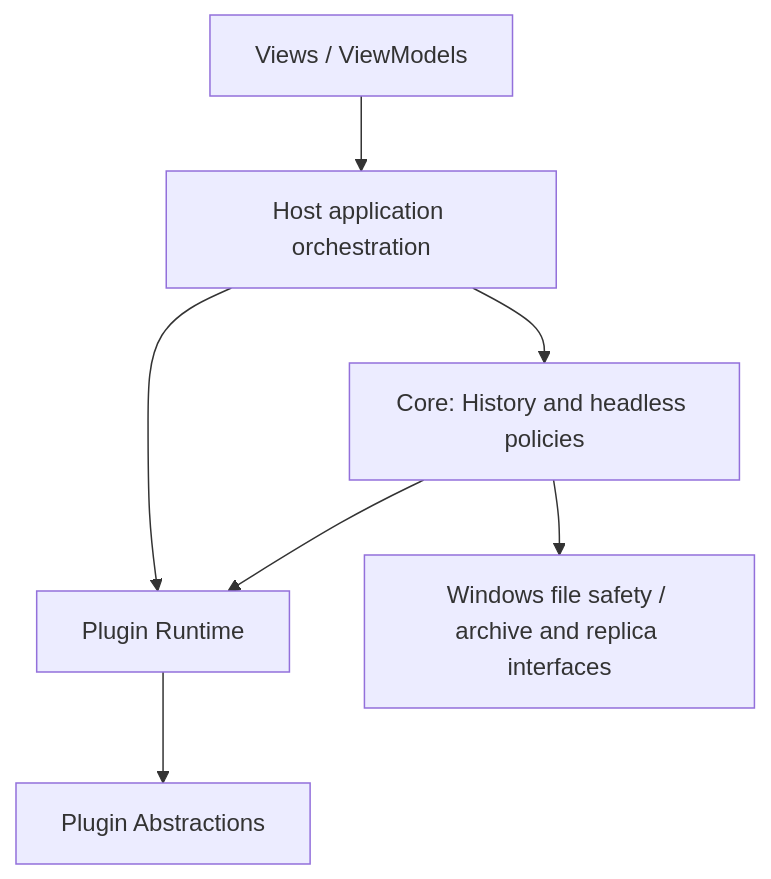
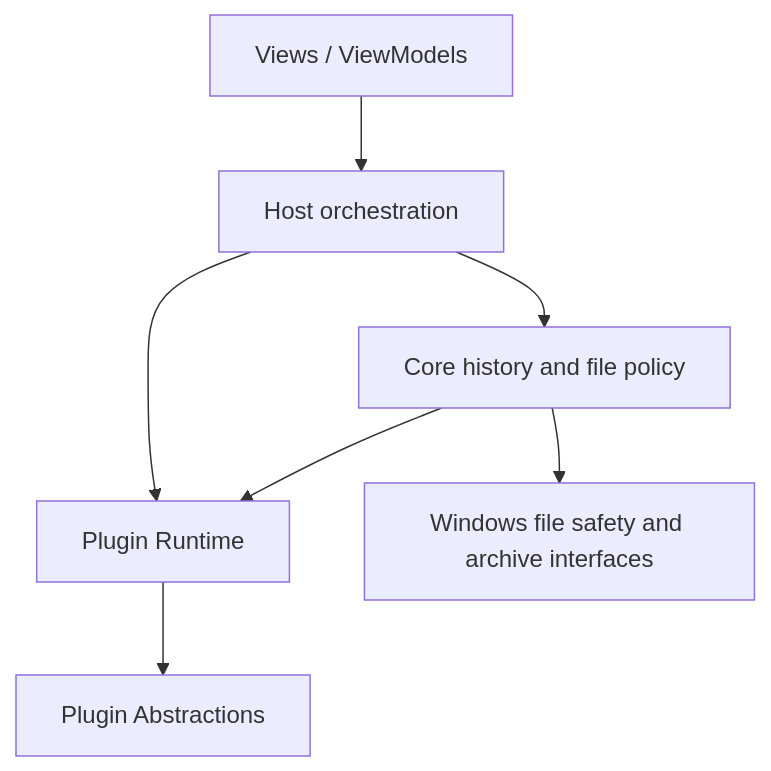
One commit to Leafuke/FolderRewind-Site changed the diagram in i18n/en/docusaurus-plugin-content-docs/current/architecture/index.md. Above: the diagram before and after it, drawn with Mermaid. The commit also changed other lines of this file and 227 other files, not shown here.

````diff
--- a/i18n/en/docusaurus-plugin-content-docs/current/architecture/index.md
+++ b/i18n/en/docusaurus-plugin-content-docs/current/architecture/index.md
@@ -14,9 +12,9 @@
 ```mermaid
 flowchart TD
-  UI[Views / ViewModels] --> Host[Host application orchestration]
-  Host --> Core[Core: History and headless policies]
+  UI[Views / ViewModels] --> Host[Host orchestration]
+  Host --> Core[Core history and file policy]
   Host --> Runtime[Plugin Runtime]
   Core --> Runtime
   Runtime --> API[Plugin Abstractions]
-  Core --> Storage[Windows file safety / archive and replica interfaces]
+  Core --> Storage[Windows file safety and archive interfaces]
 ```
````
